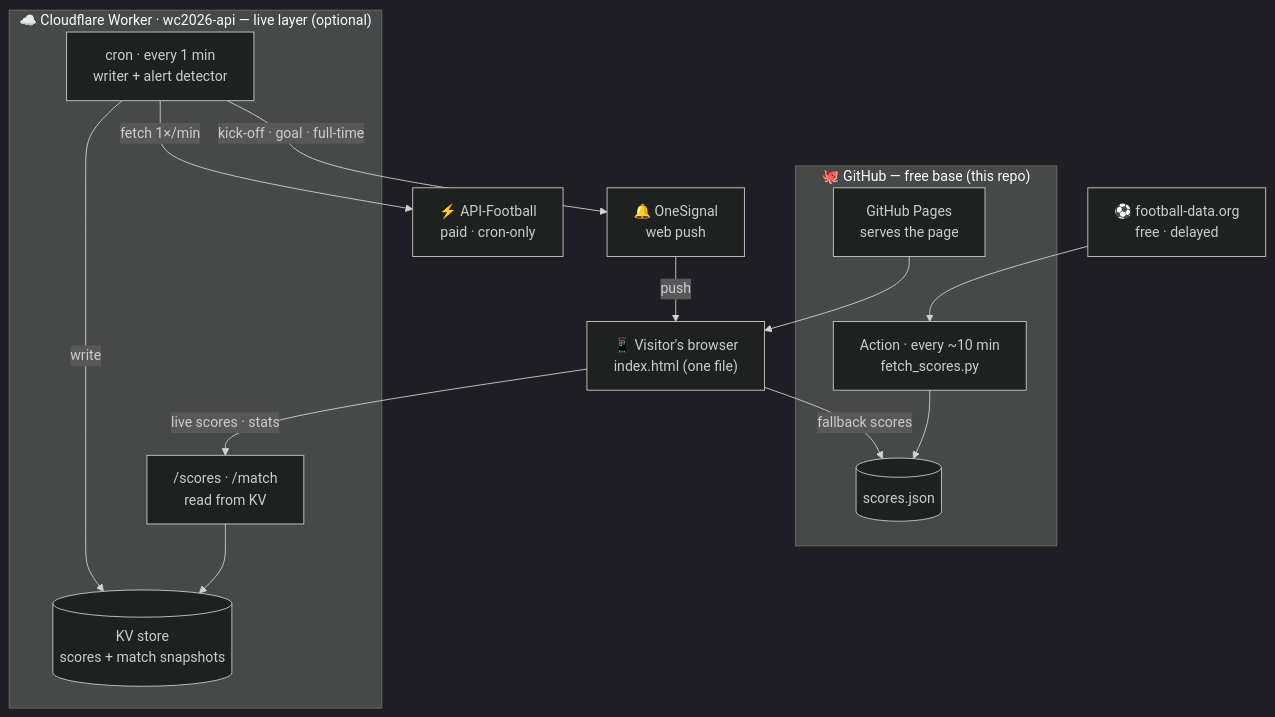
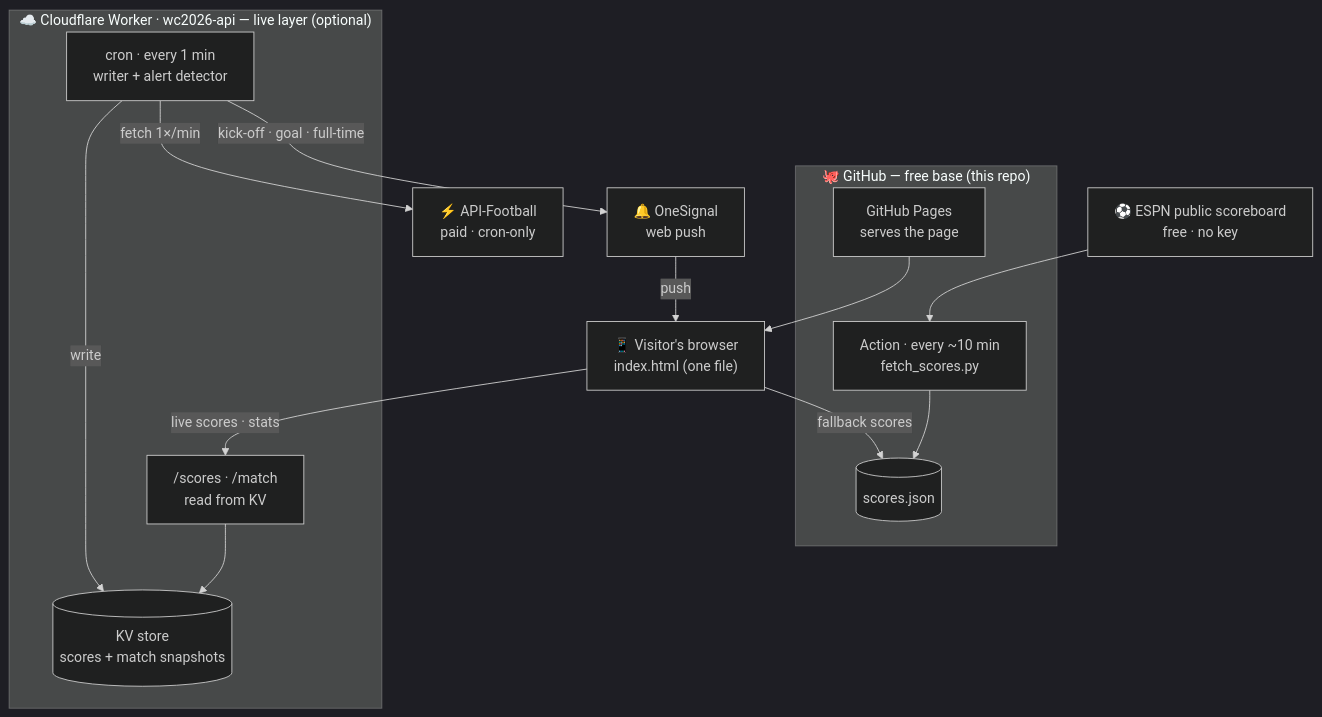
The diagram in README.md (danpune/worldcup2026), drawn with Mermaid (dark theme) before and after one commit. The commit also changed other lines of this file, not shown here.

````diff
--- a/README.md
+++ b/README.md
@@ -36,28 +40,28 @@
 ```mermaid
 flowchart TD
     UI["📱 Visitor's browser<br/>index.html (one file)"]
 
     subgraph GH["🐙 GitHub — free base (this repo)"]
         Pages["GitHub Pages<br/>serves the page"]
         Action["Action · every ~10 min<br/>fetch_scores.py"]
         JSON[("scores.json")]
     end
 
     subgraph CF["☁️ Cloudflare Worker · wc2026-api — live layer (optional)"]
         Read["/scores · /match<br/>read from KV"]
         KV[("KV store<br/>scores + match snapshots")]
         Cron["cron · every 1 min<br/>writer + alert detector"]
     end
 
-    FD["⚽ football-data.org<br/>free · delayed"]
+    FD["⚽ ESPN public scoreboard<br/>free · no key"]
     AF["⚡ API-Football<br/>paid · cron-only"]
     OS["🔔 OneSignal<br/>web push"]
 
     Pages --> UI
     FD --> Action --> JSON
     UI -- "fallback scores" --> JSON
     UI -- "live scores · stats" --> Read --> KV
     Cron -- "fetch 1×/min" --> AF
     Cron -- "write" --> KV
     Cron -- "kick-off · goal · full-time" --> OS -- "push" --> UI
 ```
````
